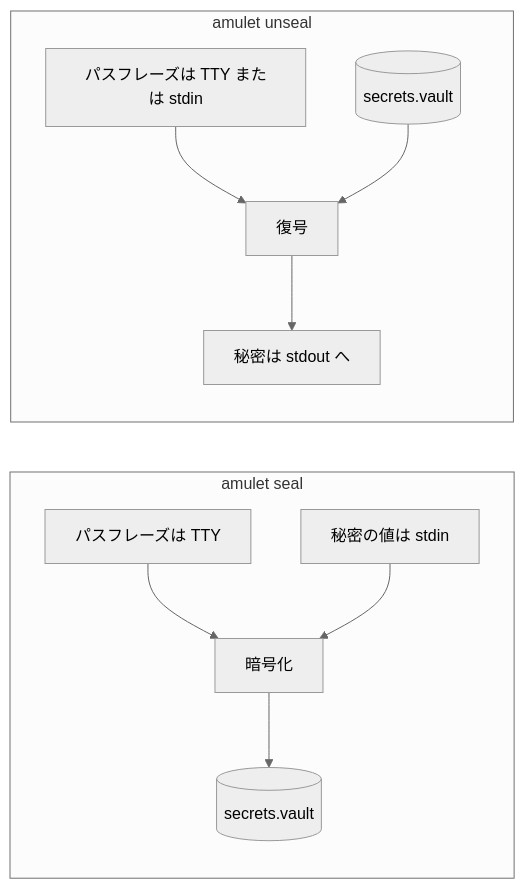
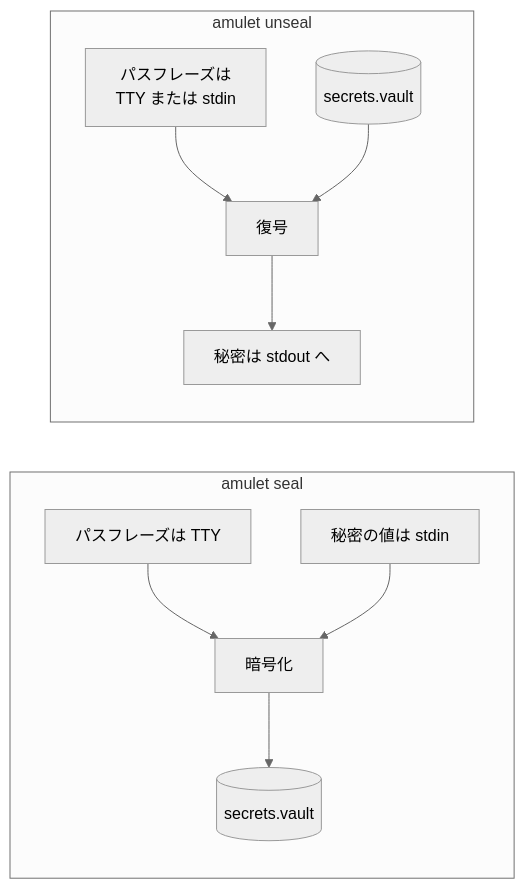
One commit to tsukasa-art/amulet changed the second of 2 diagrams in README_JA.md. Above: the diagram before and after it, drawn with Mermaid (neutral theme). The commit also changed 2 other files, not shown here.

Commit message:
fix: add build_options to build.zig (fixes CI); fix Mermaid node label clipping
- build.zig: add -Dversion option and wire build_options into exe and
  exe_unit_tests so @import("build_options") in main.zig resolves
- README.md, README_JA.md: quote Mermaid node labels and use <br/> to
  prevent text clipping on the flowchart

````diff
--- a/README_JA.md
+++ b/README_JA.md
@@ -53,21 +53,21 @@
 ```mermaid
 flowchart LR
   subgraph seal["amulet seal"]
     direction TB
     t1[パスフレーズは TTY]
     i1[秘密の値は stdin]
     v1[(secrets.vault)]
     t1 --> n1[暗号化]
     i1 --> n1
     n1 --> v1
   end
   subgraph unseal["amulet unseal"]
     direction TB
-    t2[パスフレーズは TTY または stdin]
+    t2["パスフレーズは<br/>TTY または stdin"]
     v2[(secrets.vault)]
     o1[秘密は stdout へ]
     t2 --> n2[復号]
     v2 --> n2
     n2 --> o1
   end
 ```
````
